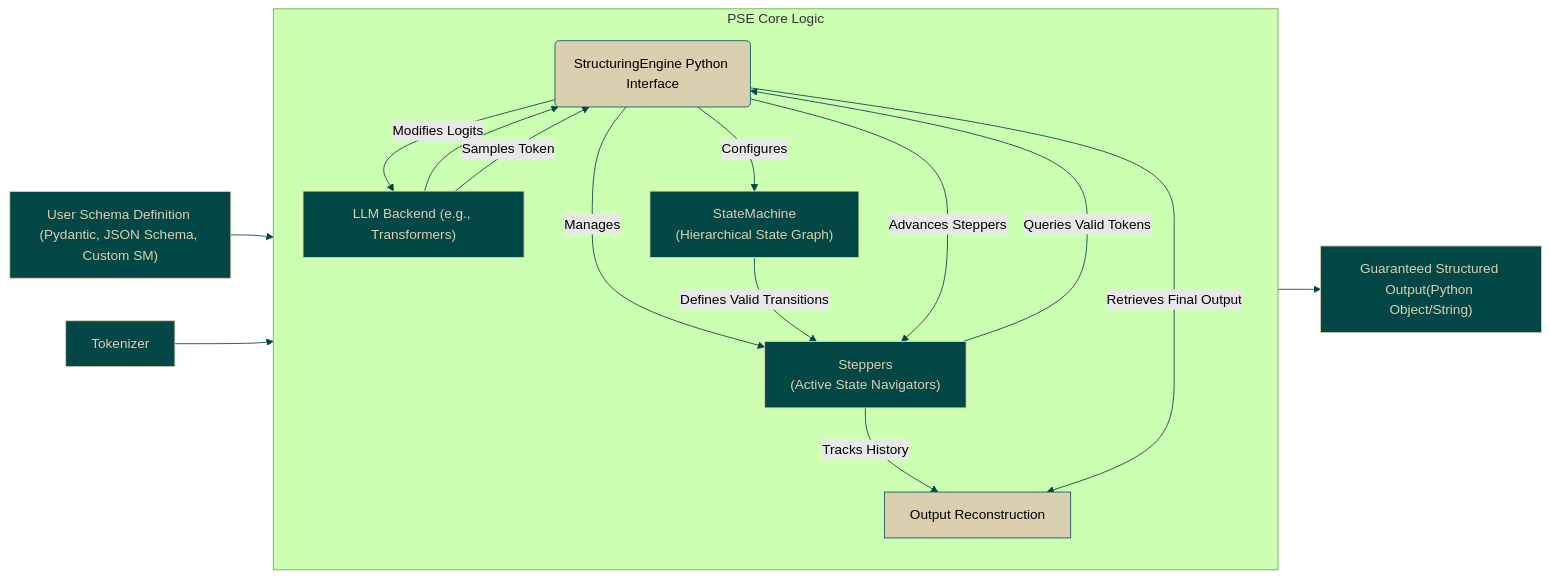
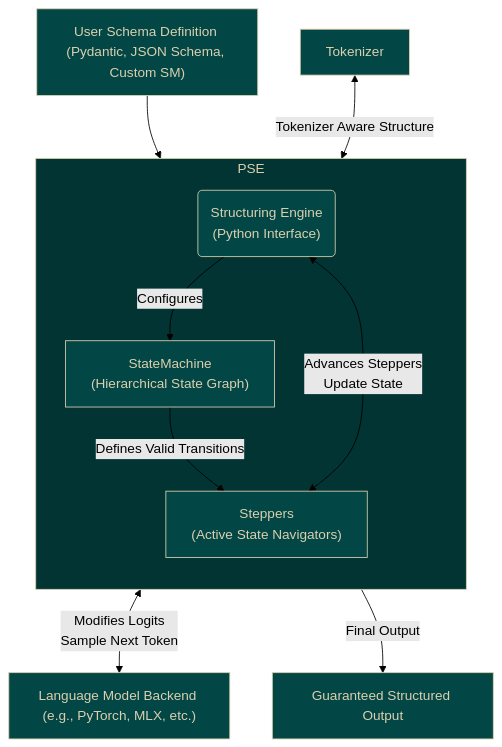
The diagram in pse-docs/docs/core-concepts/core-architecture.md (TheProxyCompany/proxy-technical-docs), drawn with Mermaid (forest theme) before and after one commit. The commit also changed 5 other files, not shown here.

````diff
--- a/pse-docs/docs/core-concepts/core-architecture.md
+++ b/pse-docs/docs/core-concepts/core-architecture.md
@@ -5,32 +5,27 @@
 ```mermaid
-flowchart LR
-    A["User Schema Definition (Pydantic, JSON Schema, Custom SM)"] --> B("StructuringEngine Python Interface")
-    C["LLM Backend (e.g., Transformers)"] --> B
-    D[Tokenizer] --> B
+flowchart TD
+    A["User Schema Definition (Pydantic, JSON Schema, Custom SM)"]
+    B("Structuring Engine <br/> (Python Interface)")
+    A --> B
+    C["Language Model Backend (e.g., PyTorch, MLX, etc.)"]
+    B <-- "Modifies Logits <br/> Sample Next Token" --> C
+    D[Tokenizer] <-- Tokenizer Aware Structure --> B
 
-    subgraph PSE Core Logic
+    subgraph PSE
         direction TB
         B -- Configures --> E["StateMachine <br/> (Hierarchical State Graph)"]
-        B -- Manages --> F["Steppers <br/> (Active State Navigators)"]
-        E -- Defines Valid Transitions --> F
-        F -- Queries Valid Tokens --> B
-        B -- Modifies Logits --> C
-        C -- Samples Token --> B
-        B -- Advances Steppers --> F
-        F -- Tracks History --> G[Output Reconstruction]
+        E -- Defines Valid Transitions --> F["Steppers <br/> (Active State Navigators)"]
+        B <-- "Advances Steppers <br/> Update State" --> F
     end
 
-    B -- Retrieves Final Output --> G
-    G --> H["Guaranteed Structured Output(Python Object/String)"]
+    F -- "Final Output" --> H["Guaranteed Structured Output"]
 
     class A,H terminal;
-    class B,G phase;
-    class C,D,E,F state;
+    class PSE phase;
+    class B,C,D,E,F state;
 
-    classDef phase fill:#DAD0AF,stroke:#0c5460,border-color:#024645;
-    classDef decision fill:#024645,stroke:#DAD0AF,color:#DAD0AF,border-color:#DAD0AF,shape:diamond;
-    classDef state fill:#024645,stroke:#DAD0AF,color:#DAD0AF,border-color:#DAD0AF;
-    classDef terminal fill:#024645,stroke:#DAD0AF,color:#DAD0AF,border-color:#DAD0AF,shape:stadium;
-
-    linkStyle default stroke:#024645
+    classDef phase fill:#013433, stroke:#DAD0AF, border-color:#DAD0AF, color:#DAD0AF;
+    classDef decision fill:#024645, stroke:#DAD0AF, border-color:#DAD0AF, color:#DAD0AF,shape:diamond;
+    classDef state fill:#024645, stroke:#DAD0AF, border-color:#DAD0AF, color:#DAD0AF;
+    classDef terminal fill:#024645, stroke:#DAD0AF, border-color:#DAD0AF, color:#DAD0AF,shape:stadium;
 ```
````
